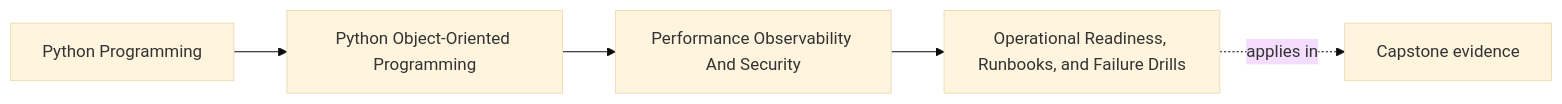
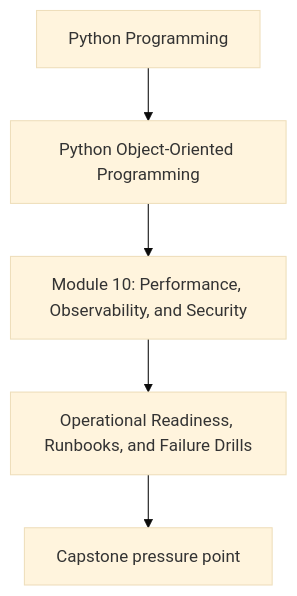
One commit to bijux/bijux-masterclass changed the first of 2 diagrams in programs/python-programming/python-object-oriented-programming/course-book/module-10-performance-observability-and-security/operational-readiness-runbooks-and-failure-drills.md. Above: the diagram before and after it, drawn with Mermaid (base theme). The commit also changed other lines of this file and 107 other files, not shown here.

Commit message:
docs(python-object-oriented-programming): align concept page diagrams

````diff
--- a/programs/python-programming/python-object-oriented-programming/course-book/module-10-performance-observability-and-security/operational-readiness-runbooks-and-failure-drills.md
+++ b/programs/python-programming/python-object-oriented-programming/course-book/module-10-performance-observability-and-security/operational-readiness-runbooks-and-failure-drills.md
@@ -7,11 +7,7 @@
 ```mermaid
-graph LR
-  family["Python Programming"]
-  program["Python Object-Oriented Programming"]
-  section["Performance Observability And Security"]
-  page["Operational Readiness, Runbooks, and Failure Drills"]
-  capstone["Capstone evidence"]
-
-  family --> program --> section --> page
-  page -.applies in.-> capstone
+flowchart TD
+  family["Python Programming"] --> program["Python Object-Oriented Programming"]
+  program --> module["Module 10: Performance, Observability, and Security"]
+  module --> concept["Operational Readiness, Runbooks, and Failure Drills"]
+  concept --> capstone["Capstone pressure point"]
 ```
````
